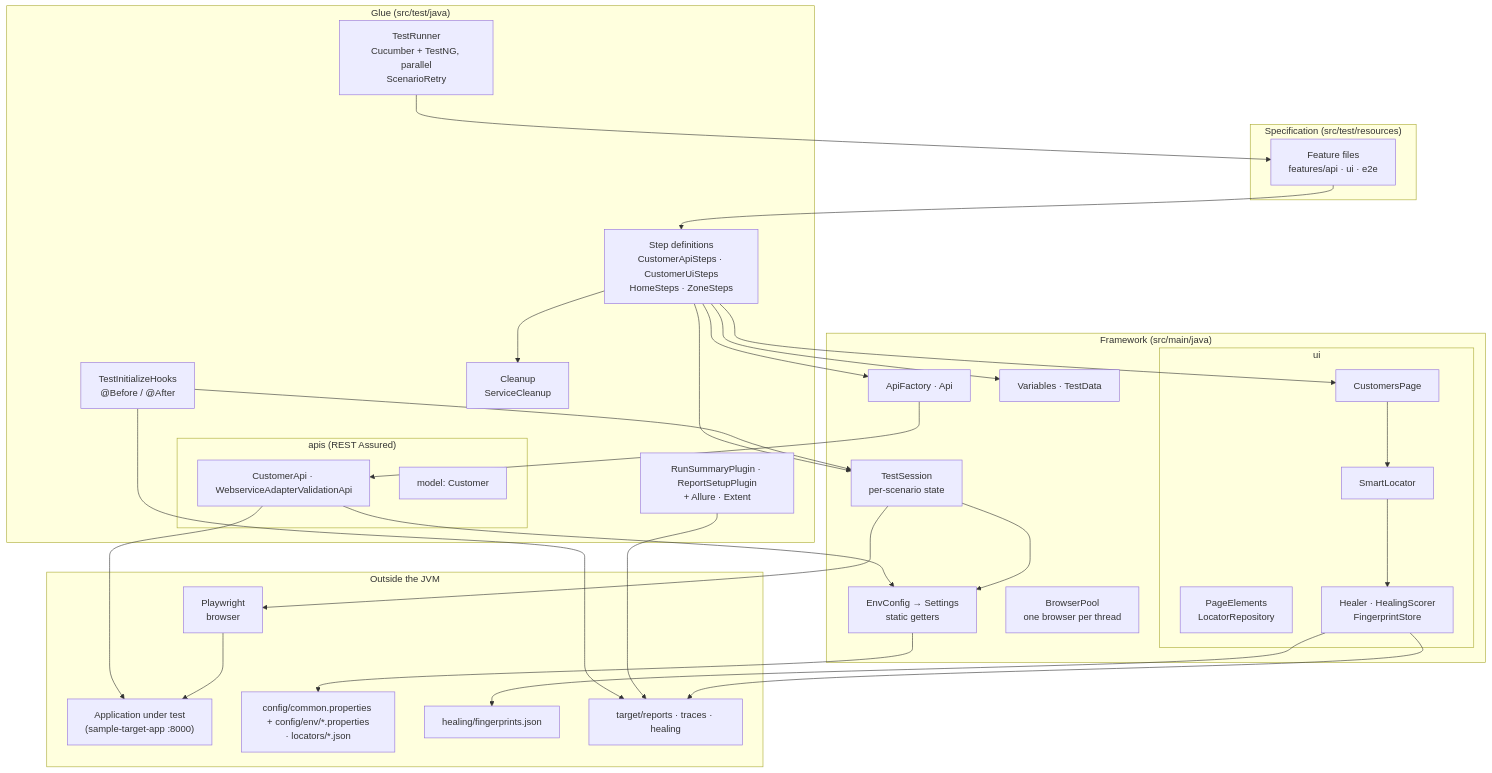
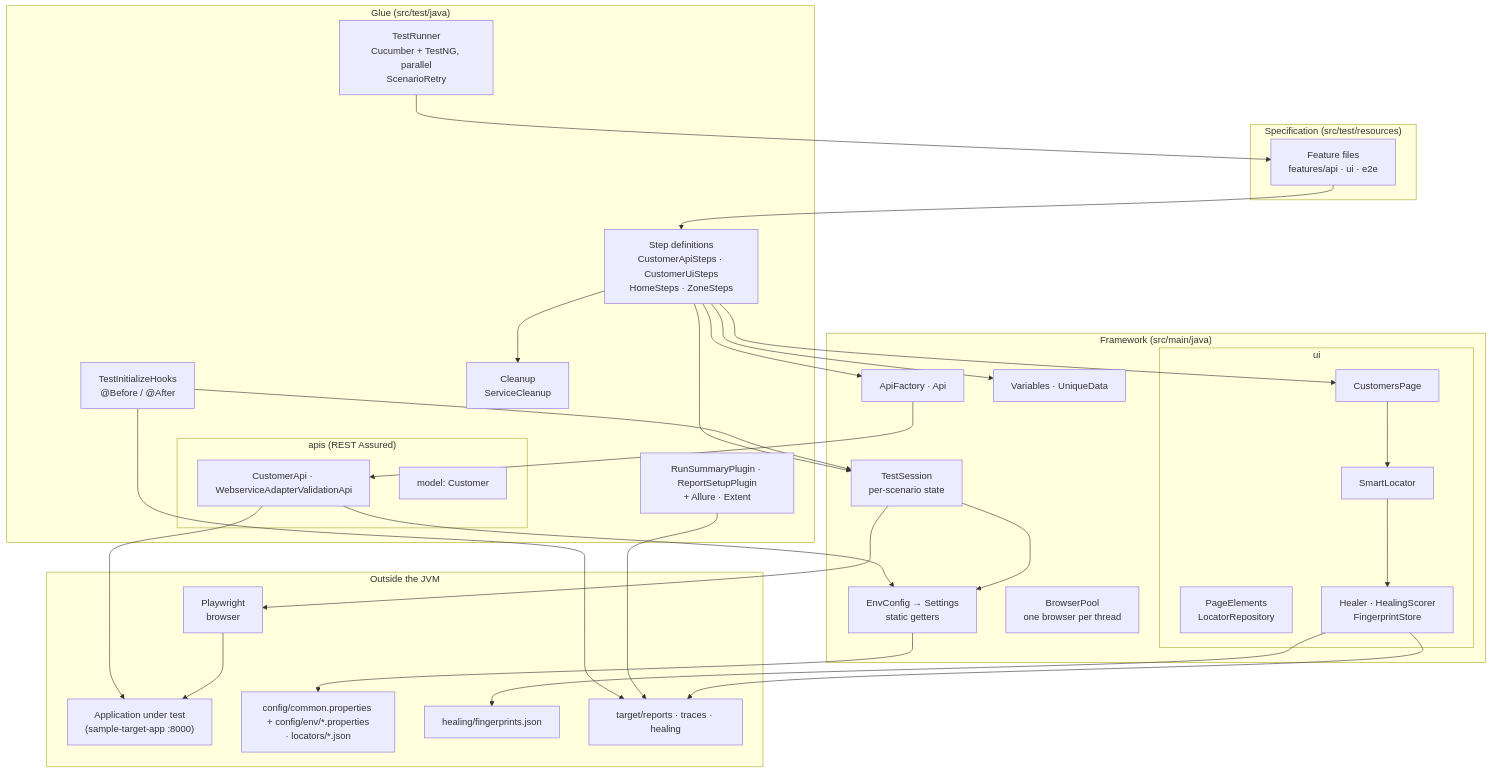
One commit to JayeshKumud/agentic-qa-java changed the first of 7 diagrams in docs/architecture.md. Above: the diagram before and after it, drawn with Mermaid. The commit also changed other lines of this file and 43 other files, not shown here.

````diff
--- a/docs/architecture.md
+++ b/docs/architecture.md
@@ -23,56 +23,56 @@
 ```mermaid
 flowchart TB
     subgraph Spec["Specification (src/test/resources)"]
         F["Feature files<br/>features/api · ui · e2e"]
     end
 
     subgraph Glue["Glue (src/test/java)"]
         R["TestRunner<br/>Cucumber + TestNG, parallel<br/>ScenarioRetry"]
         H["TestInitializeHooks<br/>@Before / @After"]
         ST["Step definitions<br/>CustomerApiSteps · CustomerUiSteps<br/>HomeSteps · ZoneSteps"]
         CL["Cleanup<br/>ServiceCleanup"]
         subgraph APIS["apis (REST Assured)"]
             CA["CustomerApi · WebserviceAdapterValidationApi"]
             MD["model: Customer"]
         end
         RP["RunSummaryPlugin · ReportSetupPlugin<br/>+ Allure · Extent"]
     end
 
     subgraph Core["Framework (src/main/java)"]
         S["TestSession<br/>per-scenario state"]
         BP["BrowserPool<br/>one browser per thread"]
-        V["Variables · TestData"]
+        V["Variables · UniqueData"]
         AF["ApiFactory · Api"]
         subgraph UI["ui"]
             PO["CustomersPage"]
             LR["PageElements<br/>LocatorRepository"]
             SL["SmartLocator"]
             HE["Healer · HealingScorer<br/>FingerprintStore"]
         end
         CFG["EnvConfig → Settings<br/>static getters"]
     end
 
     subgraph Ext["Outside the JVM"]
         PW["Playwright<br/>browser"]
         APP["Application under test<br/>(sample-target-app :8000)"]
         FILES["config/common.properties + config/env/*.properties<br/>· locators/*.json"]
         FP["healing/fingerprints.json"]
         OUT["target/reports · traces · healing"]
     end
 
     R --> F
     F --> ST
     ST --> S & V & AF & PO
     ST --> CL
     AF --> CA
     CA --> CFG
     CA --> APP
     H --> S
     PO --> SL --> HE
     S --> PW --> APP
     S --> CFG --> FILES
     HE --> FP
     H --> OUT
     RP --> OUT
     HE --> OUT
 ```
````
